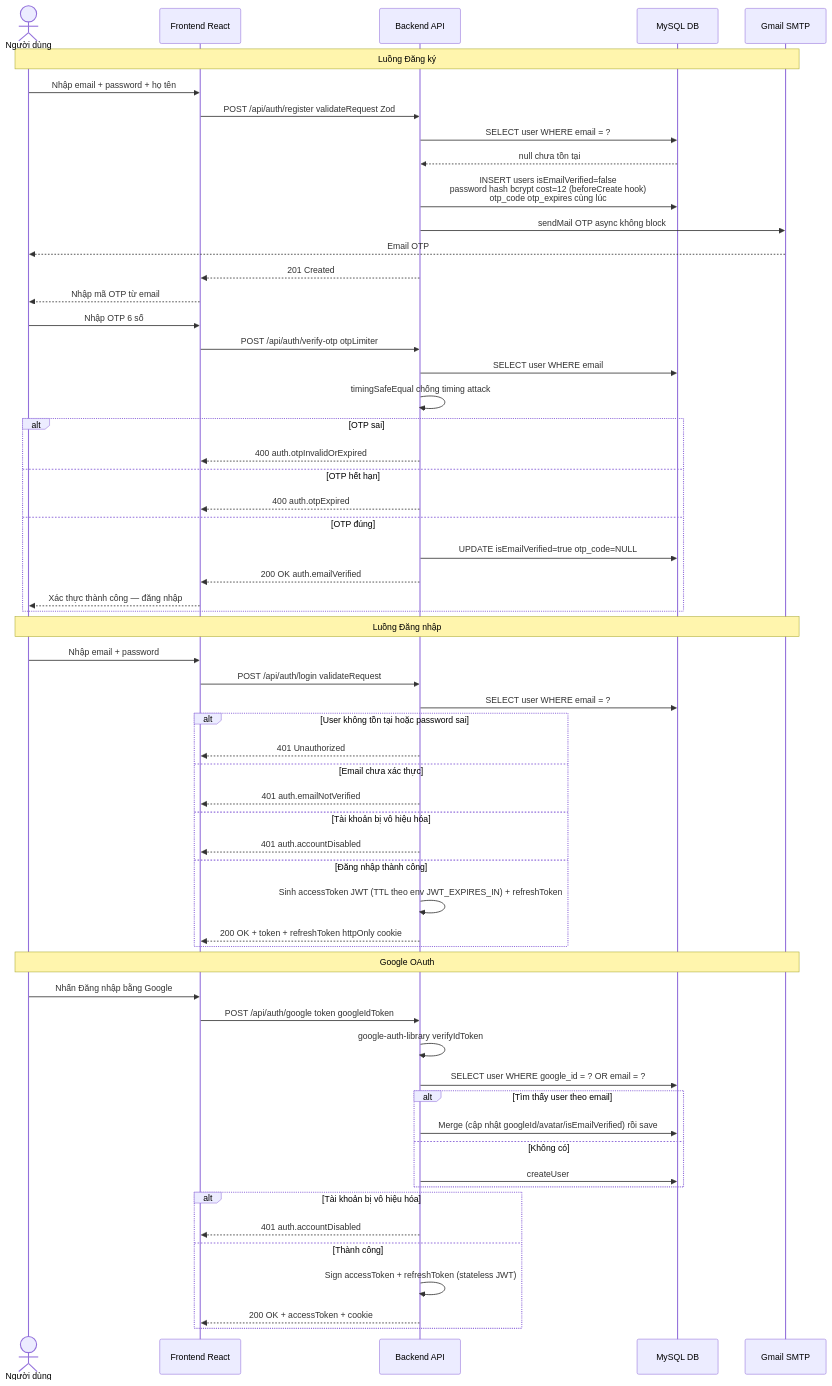
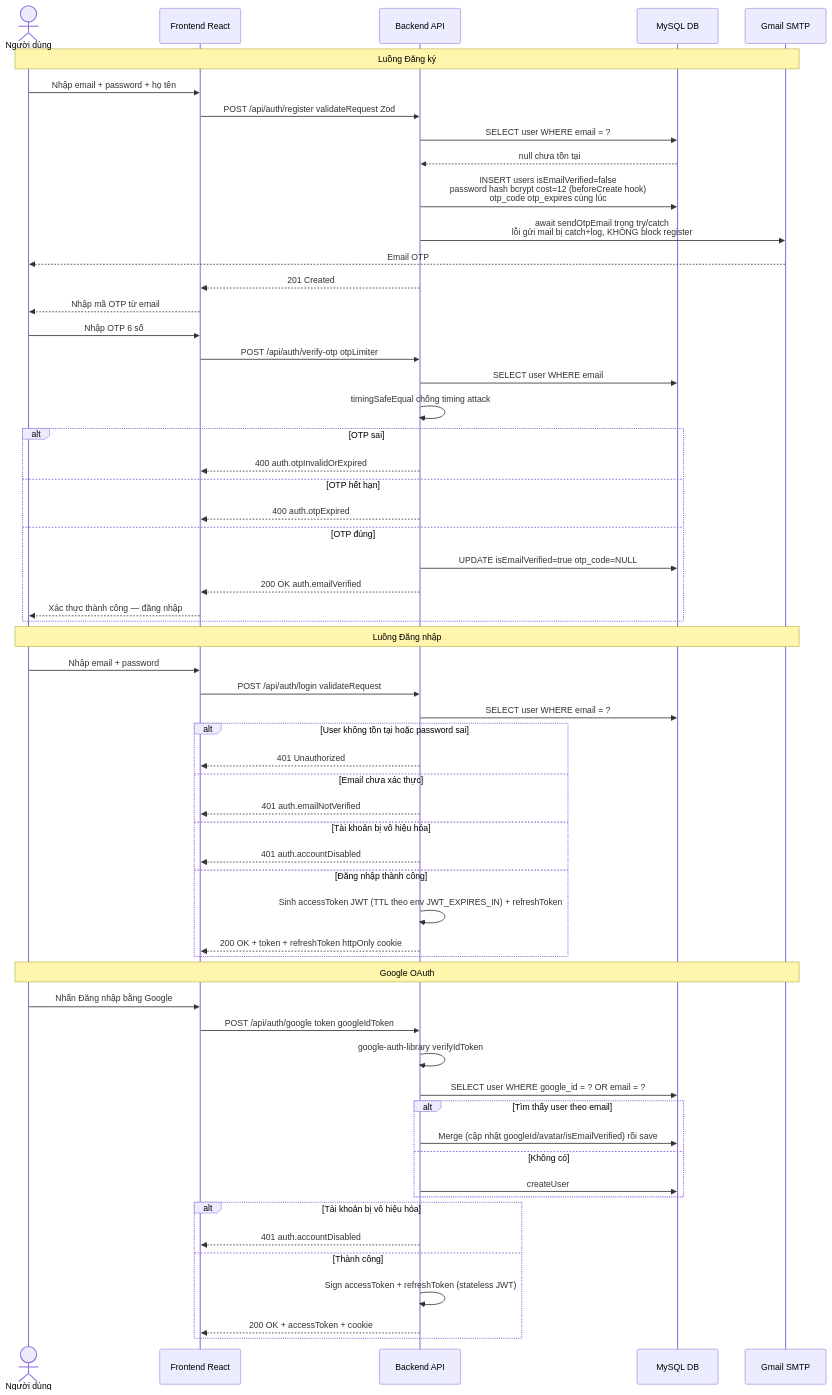
Before and after one commit to MinhThang1009/E-commerce-website: diagram 24 of 47 in DIAGRAMS.md, drawn with Mermaid. The commit also changed other lines of this file, not shown here.

First line of the commit message:
docs(diagrams): sửa flow RAG + 7 lỗi nhỏ §1/§3 sau verify per-element

````diff
--- a/DIAGRAMS.md
+++ b/DIAGRAMS.md
@@ -708,69 +708,69 @@
 ```mermaid
 sequenceDiagram
     actor User as Người dùng
     participant FE as Frontend React
     participant API as Backend API
     participant DB as MySQL DB
     participant Mail as Gmail SMTP
 
     Note over User,Mail: Luồng Đăng ký
 
     User->>FE: Nhập email + password + họ tên
     FE->>API: POST /api/auth/register validateRequest Zod
     API->>DB: SELECT user WHERE email = ?
     DB-->>API: null chưa tồn tại
     API->>DB: INSERT users isEmailVerified=false<br/>password hash bcrypt cost=12 (beforeCreate hook)<br/>otp_code otp_expires cùng lúc
-    API->>Mail: sendMail OTP async không block
+    API->>Mail: await sendOtpEmail trong try/catch<br/>lỗi gửi mail bị catch+log, KHÔNG block register
     Mail-->>User: Email OTP
     API-->>FE: 201 Created
     FE-->>User: Nhập mã OTP từ email
 
     User->>FE: Nhập OTP 6 số
     FE->>API: POST /api/auth/verify-otp otpLimiter
     API->>DB: SELECT user WHERE email
     API->>API: timingSafeEqual chống timing attack
     alt OTP sai
         API-->>FE: 400 auth.otpInvalidOrExpired
     else OTP hết hạn
         API-->>FE: 400 auth.otpExpired
     else OTP đúng
         API->>DB: UPDATE isEmailVerified=true otp_code=NULL
         API-->>FE: 200 OK auth.emailVerified
         FE-->>User: Xác thực thành công — đăng nhập
     end
 
     Note over User,Mail: Luồng Đăng nhập
 
     User->>FE: Nhập email + password
     FE->>API: POST /api/auth/login validateRequest
     API->>DB: SELECT user WHERE email = ?
 
     alt User không tồn tại hoặc password sai
         API-->>FE: 401 Unauthorized
     else Email chưa xác thực
         API-->>FE: 401 auth.emailNotVerified
     else Tài khoản bị vô hiệu hóa
         API-->>FE: 401 auth.accountDisabled
     else Đăng nhập thành công
         API->>API: Sinh accessToken JWT (TTL theo env JWT_EXPIRES_IN) + refreshToken
         API-->>FE: 200 OK + token + refreshToken httpOnly cookie
     end
 
     Note over User,Mail: Google OAuth
 
     User->>FE: Nhấn Đăng nhập bằng Google
     FE->>API: POST /api/auth/google token googleIdToken
     API->>API: google-auth-library verifyIdToken
     API->>DB: SELECT user WHERE google_id = ? OR email = ?
     alt Tìm thấy user theo email
         API->>DB: Merge (cập nhật googleId/avatar/isEmailVerified) rồi save
     else Không có
         API->>DB: createUser
     end
     alt Tài khoản bị vô hiệu hóa
         API-->>FE: 401 auth.accountDisabled
     else Thành công
         API->>API: Sign accessToken + refreshToken (stateless JWT)
         API-->>FE: 200 OK + accessToken + cookie
     end
 ```
````
